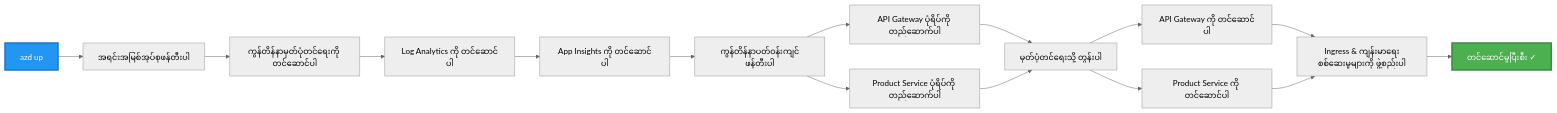
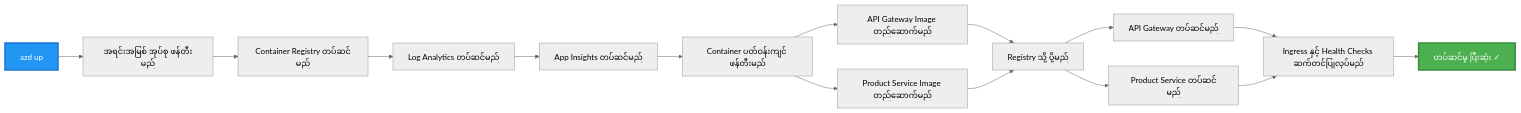
Before and after one commit to microsoft/AZD-for-beginners: the third of 4 diagrams in translations/my/examples/microservices/README.md, drawn with Mermaid (neutral theme). The commit also changed other lines of this file and 242 other files, not shown here.

````diff
--- a/translations/my/examples/microservices/README.md
+++ b/translations/my/examples/microservices/README.md
@@ -242,20 +233,20 @@
 ```mermaid
 graph LR
-    A[azd up] --> B[အရင်းအမြစ်အုပ်စုဖန်တီးပါ]
-    B --> C[ကွန်တိန်နာမှတ်ပုံတင်ရေးကို တင်ဆောင်ပါ]
-    C --> D[Log Analytics ကို တင်ဆောင်ပါ]
-    D --> E[App Insights ကို တင်ဆောင်ပါ]
-    E --> F[ကွန်တိန်နာပတ်ဝန်းကျင်ဖန်တီးပါ]
-    F --> G[API Gateway ပုံရိပ်ကို တည်ဆောက်ပါ]
-    F --> H[Product Service ပုံရိပ်ကို တည်ဆောက်ပါ]
-    G --> I[မှတ်ပုံတင်ရေးသို့ တွန်းပါ]
+    A[azd up] --> B[အရင်းအမြစ် အုပ်စု ဖန်တီးမည်]
+    B --> C[Container Registry တပ်ဆင်မည်]
+    C --> D[Log Analytics တပ်ဆင်မည်]
+    D --> E[App Insights တပ်ဆင်မည်]
+    E --> F[Container ပတ်ဝန်းကျင် ဖန်တီးမည်]
+    F --> G[API Gateway Image တည်ဆောက်မည်]
+    F --> H[Product Service Image တည်ဆောက်မည်]
+    G --> I[Registry သို့ ပို့မည်]
     H --> I
-    I --> J[API Gateway ကို တင်ဆောင်ပါ]
-    I --> K[Product Service ကို တင်ဆောင်ပါ]
-    J --> L[Ingress & ကျန်းမာရေးစစ်ဆေးမှုများကို ဖွဲ့စည်းပါ]
+    I --> J[API Gateway တပ်ဆင်မည်]
+    I --> K[Product Service တပ်ဆင်မည်]
+    J --> L[Ingress နှင့် Health Checks ဆက်တင်ပြုလုပ်မည်]
     K --> L
-    L --> M[တင်ဆောင်မှုပြီးစီး ✓]
+    L --> M[တပ်ဆင်မှု ပြီးဆုံး ✓]
     
     style A fill:#2196F3,stroke:#1976D2,stroke-width:3px,color:#fff
     style M fill:#4CAF50,stroke:#388E3C,stroke-width:3px,color:#fff
 ```
````
